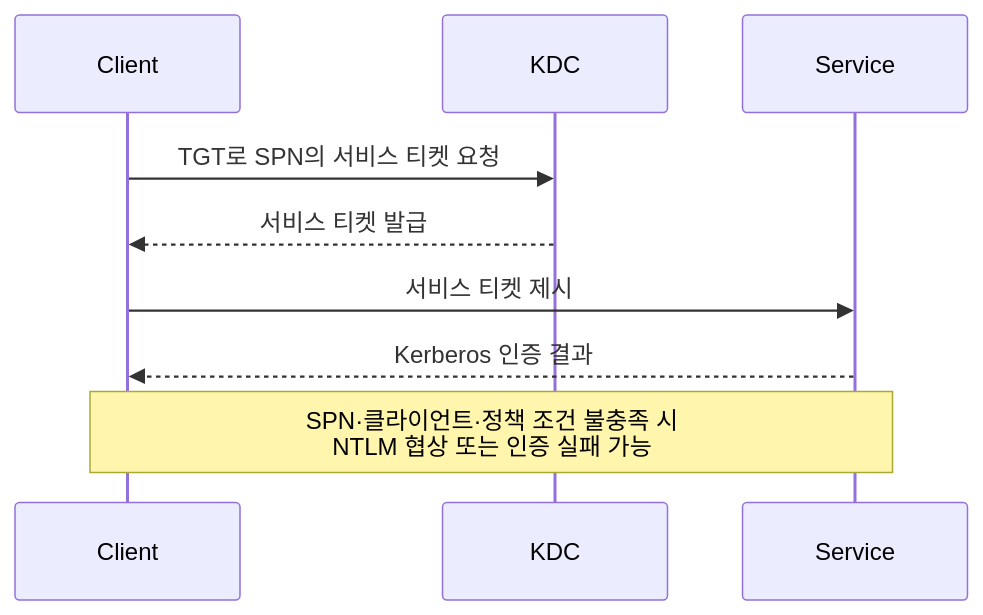
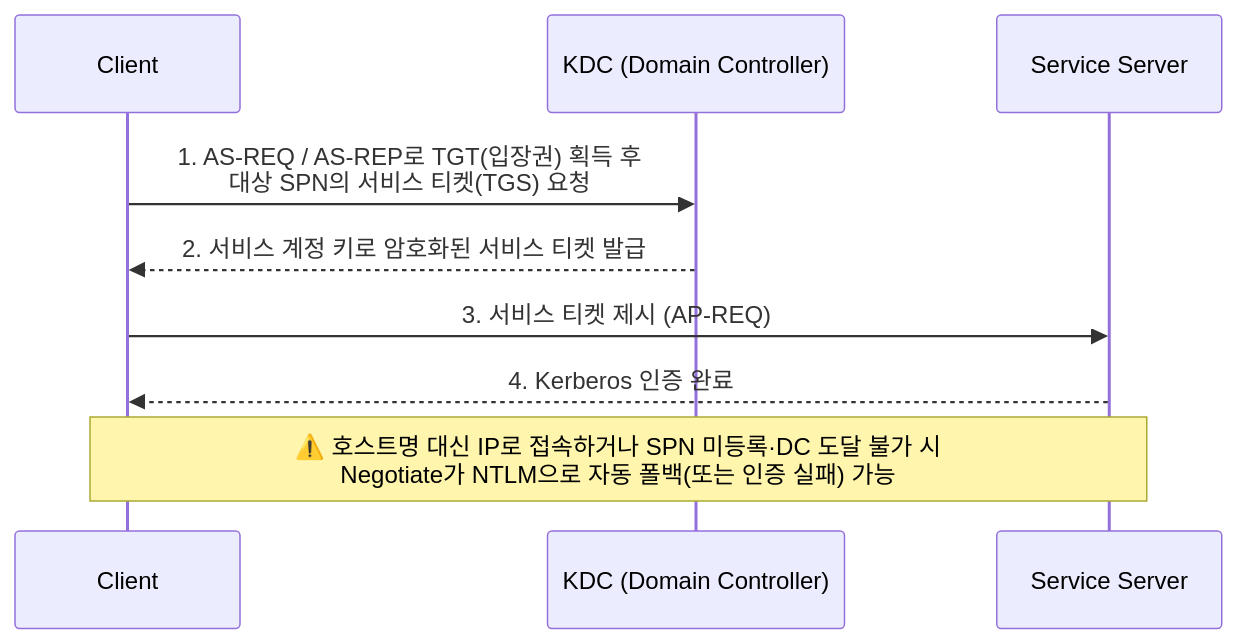
One commit to gooyong-sec/gooyong-sec.github.io changed the third of 4 diagrams in content/OSCP/공격 체인 이전의 AD 아키텍처 기초 — Kerberos, NTLM, DACL·ACE, GPO·SYSVOL, 도메인 트러스트.md. Above: the diagram before and after it, drawn with Mermaid. The commit also changed other lines of this file and 68 other files, not shown here.

````diff
--- a/content/OSCP/공격 체인 이전의 AD 아키텍처 기초 — Kerberos, NTLM, DACL·ACE, GPO·SYSVOL, 도메인 트러스트.md
+++ b/content/OSCP/공격 체인 이전의 AD 아키텍처 기초 — Kerberos, NTLM, DACL·ACE, GPO·SYSVOL, 도메인 트러스트.md
@@ -57,11 +82,11 @@
 ```mermaid
 sequenceDiagram
     participant C as Client
-    participant K as KDC
-    participant S as Service
-    C->>K: TGT로 SPN의 서비스 티켓 요청
-    K-->>C: 서비스 티켓 발급
-    C->>S: 서비스 티켓 제시
-    S-->>C: Kerberos 인증 결과
-    Note over C,S: SPN·클라이언트·정책 조건 불충족 시<br/>NTLM 협상 또는 인증 실패 가능
+    participant K as KDC (Domain Controller)
+    participant S as Service Server
+    C->>K: 1. AS-REQ / AS-REP로 TGT(입장권) 획득 후<br/>대상 SPN의 서비스 티켓(TGS) 요청
+    K-->>C: 2. 서비스 계정 키로 암호화된 서비스 티켓 발급
+    C->>S: 3. 서비스 티켓 제시 (AP-REQ)
+    S-->>C: 4. Kerberos 인증 완료
+    Note over C,S: ⚠️ 호스트명 대신 IP로 접속하거나 SPN 미등록·DC 도달 불가 시<br/>Negotiate가 NTLM으로 자동 폴백(또는 인증 실패) 가능
 ```
````
